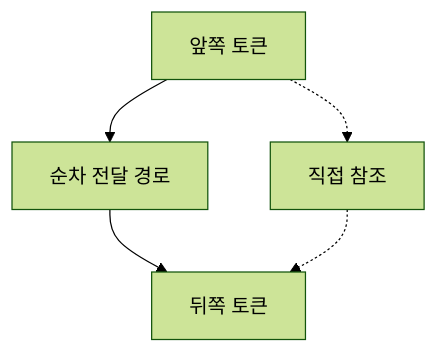
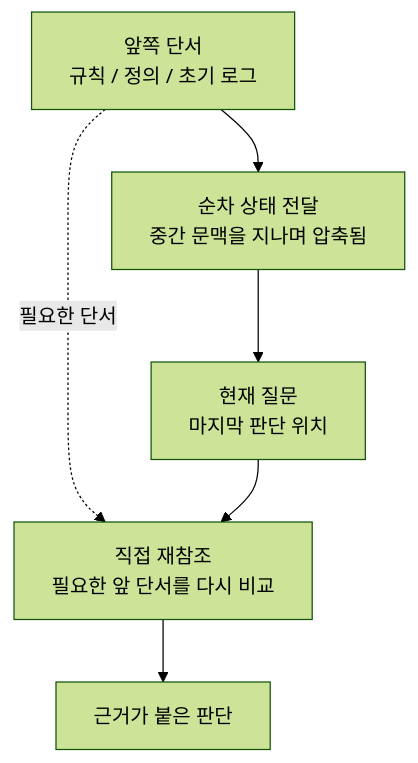
One commit to devchan64/AiBook changed the diagram in docs/assets/part-05/chapter-14/long-context-direct-reference-ko.mmd. Above: the diagram before and after it, drawn with Mermaid (forest theme). The commit also changed 71 other files, not shown here.

Commit message:
Revise part 5 transformer and translation flow

```diff
--- a/docs/assets/part-05/chapter-14/long-context-direct-reference-ko.mmd
+++ b/docs/assets/part-05/chapter-14/long-context-direct-reference-ko.mmd
@@ -1,10 +1,12 @@
 flowchart TD
-  A["앞쪽 토큰"]
-  B["순차 전달 경로"]
-  C["뒤쪽 토큰"]
-  D["직접 참조"]
+  A["앞쪽 단서<br/>규칙 / 정의 / 초기 로그"]
+  B["순차 상태 전달<br/>중간 문맥을 지나며 압축됨"]
+  C["현재 질문<br/>마지막 판단 위치"]
+  D["직접 재참조<br/>필요한 앞 단서를 다시 비교"]
+  E["근거가 붙은 판단"]
 
   A --> B
   B --> C
-  A -.-> D
-  D -.-> C
+  A -. "필요한 단서" .-> D
+  C --> D
+  D --> E
```
